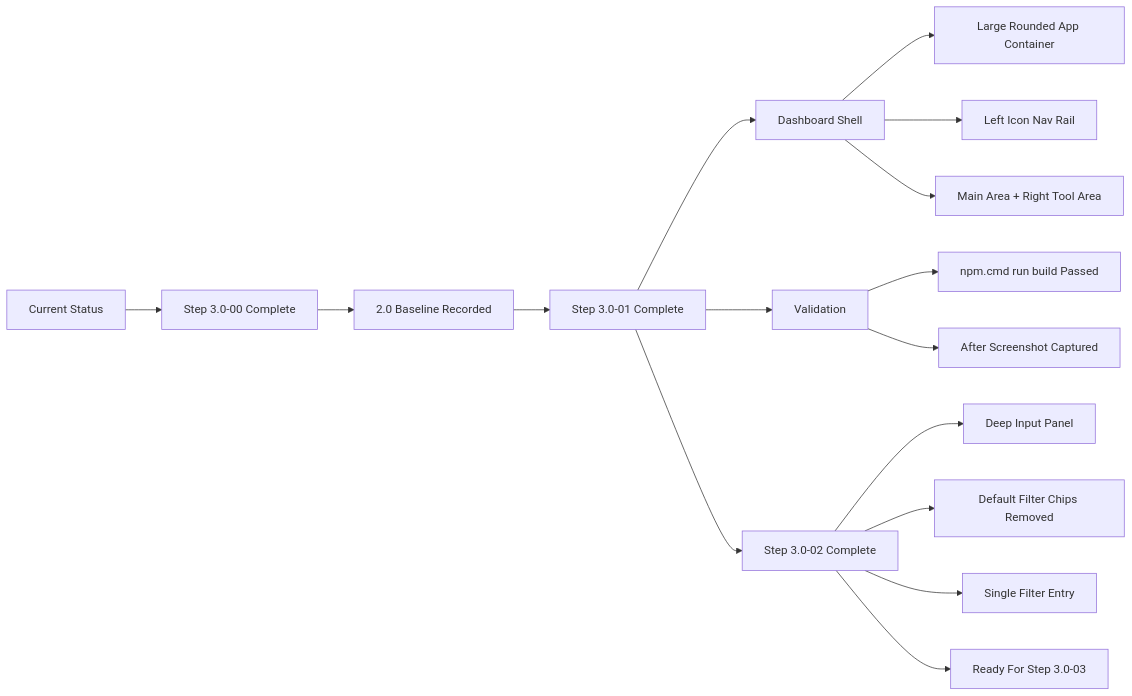
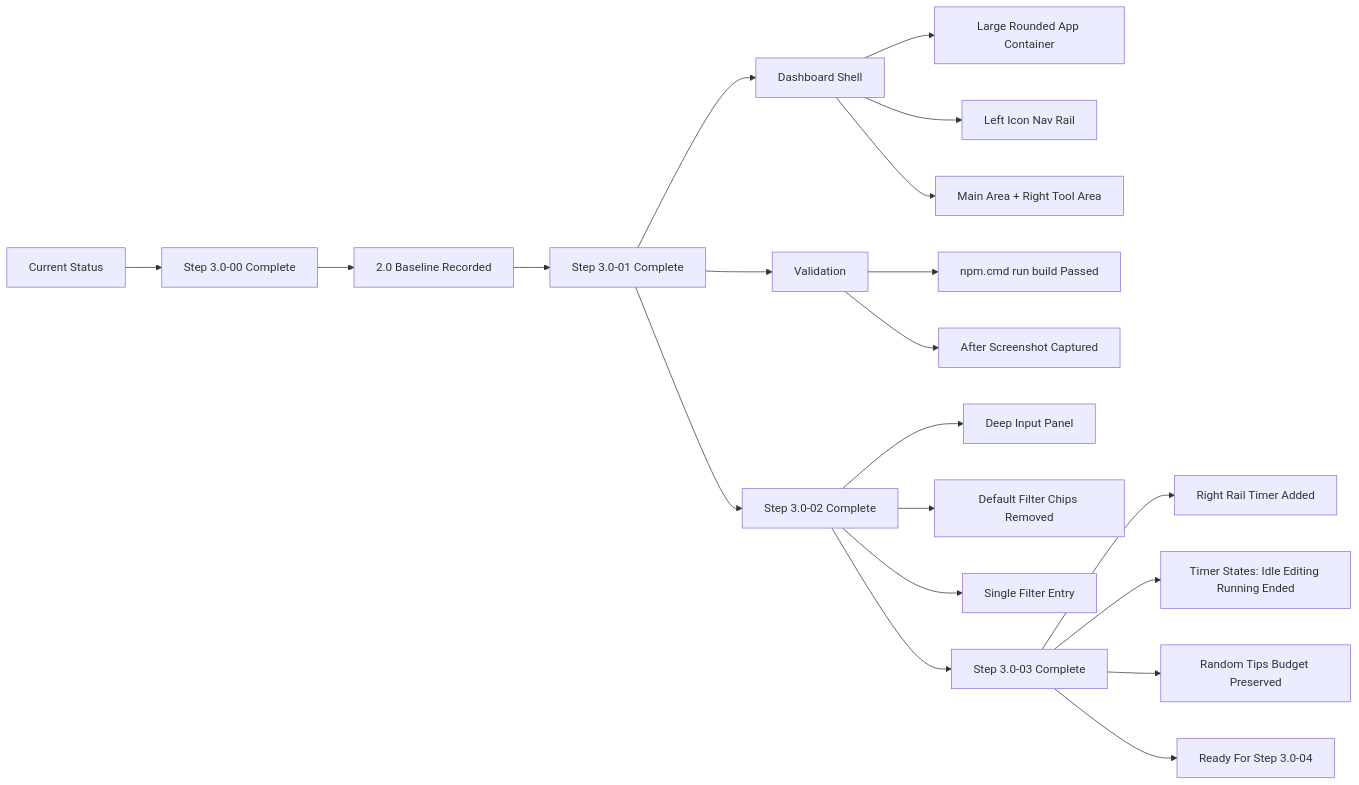
The diagram in 2_coding_documentation/09_v3_upgrade/04_flowcharts_v3/current_status_v3.mmd (nouri247351793-dotcom/cooking-ai-planner), drawn with Mermaid before and after one commit. The commit also changed 10 other files, not shown here.

First line of the commit message:
[step-3.0-03][feat] add right rail timer tool

```diff
--- a/2_coding_documentation/09_v3_upgrade/04_flowcharts_v3/current_status_v3.mmd
+++ b/2_coding_documentation/09_v3_upgrade/04_flowcharts_v3/current_status_v3.mmd
@@ -1,19 +1,23 @@
 flowchart LR
   A[Current Status] --> B[Step 3.0-00 Complete]
   B --> C[2.0 Baseline Recorded]
   C --> D[Step 3.0-01 Complete]
 
   D --> E[Dashboard Shell]
   E --> F[Large Rounded App Container]
   E --> G[Left Icon Nav Rail]
   E --> H[Main Area + Right Tool Area]
 
   D --> I[Validation]
   I --> J[npm.cmd run build Passed]
   I --> K[After Screenshot Captured]
 
   D --> L[Step 3.0-02 Complete]
   L --> M[Deep Input Panel]
   L --> N[Default Filter Chips Removed]
   L --> O[Single Filter Entry]
-  L --> P[Ready For Step 3.0-03]
+  L --> P[Step 3.0-03 Complete]
+  P --> Q[Right Rail Timer Added]
+  P --> R[Timer States: Idle Editing Running Ended]
+  P --> S[Random Tips Budget Preserved]
+  P --> T[Ready For Step 3.0-04]
```
